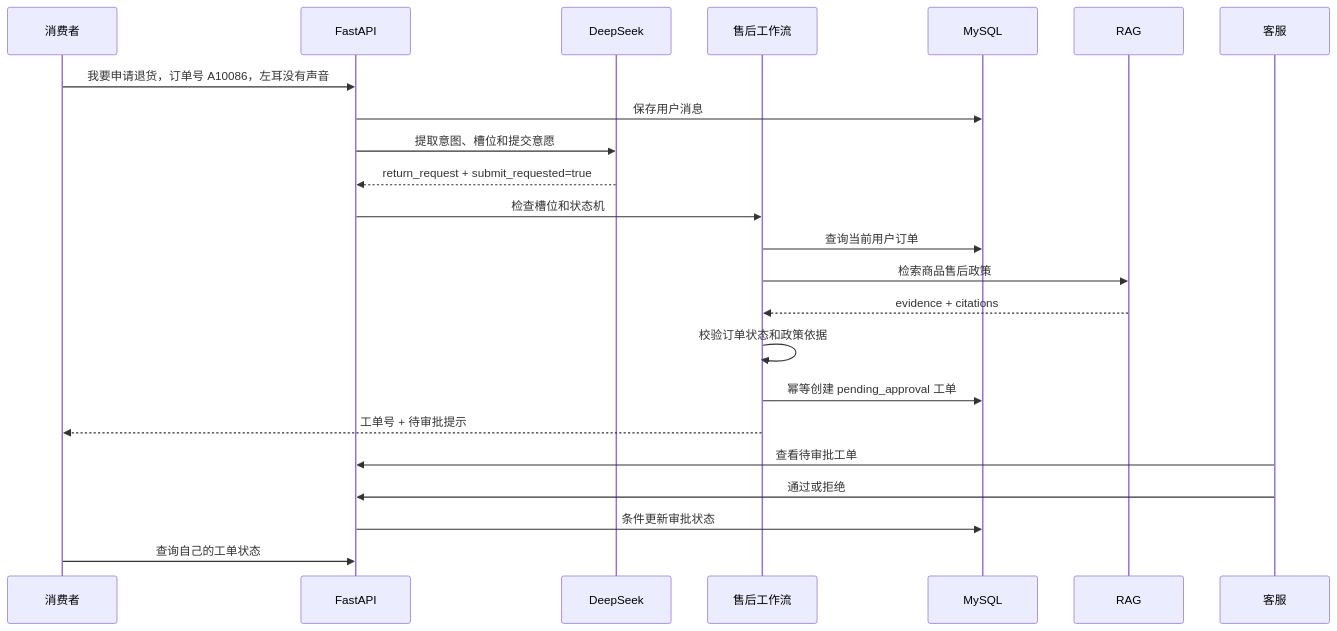
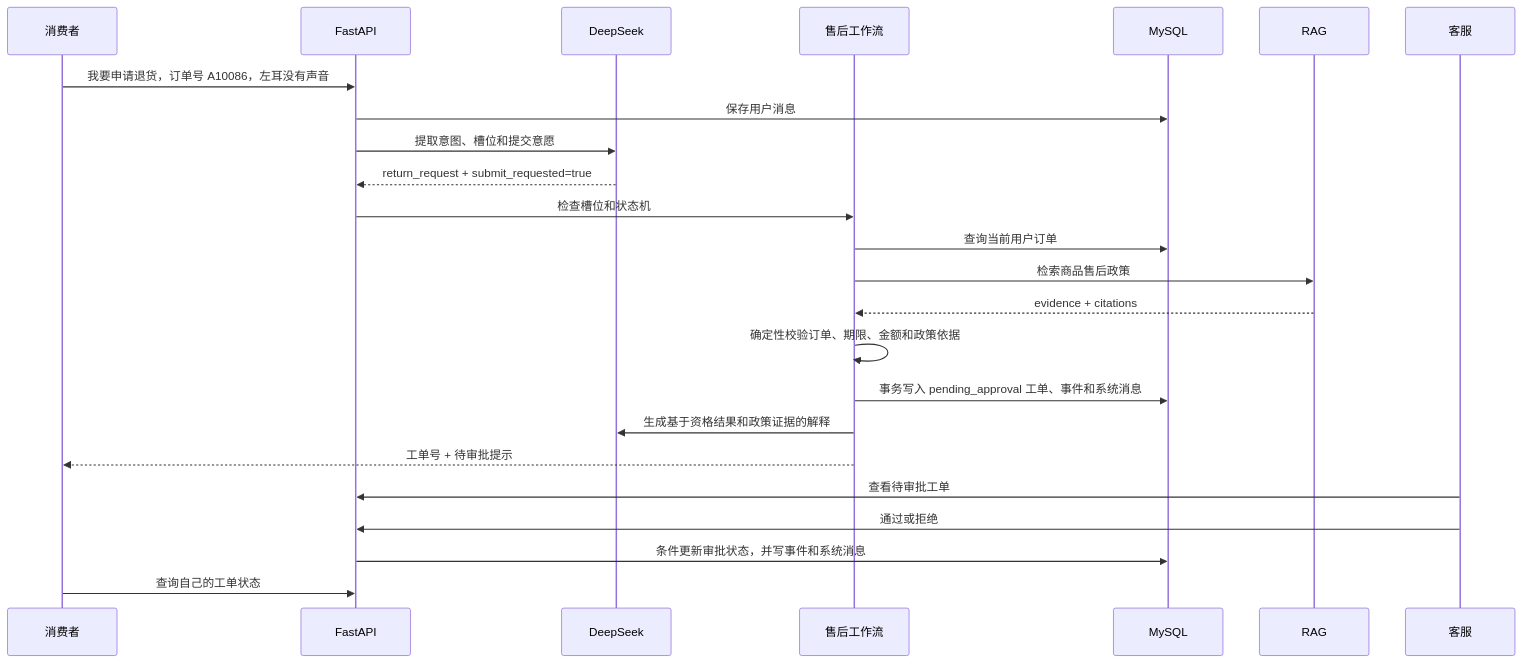
One commit to user-liniubi/smartshop changed the fifth of 6 diagrams in docs/ARCHITECTURE.md. Above: the diagram before and after it, drawn with Mermaid. The commit also changed other lines of this file and 53 other files, not shown here.

````diff
--- a/docs/ARCHITECTURE.md
+++ b/docs/ARCHITECTURE.md
@@ -120,26 +134,27 @@
 ```mermaid
 sequenceDiagram
     participant U as 消费者
     participant API as FastAPI
     participant L as DeepSeek
     participant W as 售后工作流
     participant DB as MySQL
     participant R as RAG
     participant A as 客服
 
     U->>API: 我要申请退货，订单号 A10086，左耳没有声音
     API->>DB: 保存用户消息
     API->>L: 提取意图、槽位和提交意愿
     L-->>API: return_request + submit_requested=true
     API->>W: 检查槽位和状态机
     W->>DB: 查询当前用户订单
     W->>R: 检索商品售后政策
     R-->>W: evidence + citations
-    W->>W: 校验订单状态和政策依据
-    W->>DB: 幂等创建 pending_approval 工单
+    W->>W: 确定性校验订单、期限、金额和政策依据
+    W->>DB: 事务写入 pending_approval 工单、事件和系统消息
+    W->>L: 生成基于资格结果和政策证据的解释
     W-->>U: 工单号 + 待审批提示
     A->>API: 查看待审批工单
     A->>API: 通过或拒绝
-    API->>DB: 条件更新审批状态
+    API->>DB: 条件更新审批状态，并写事件和系统消息
     U->>API: 查询自己的工单状态
 ```
````
